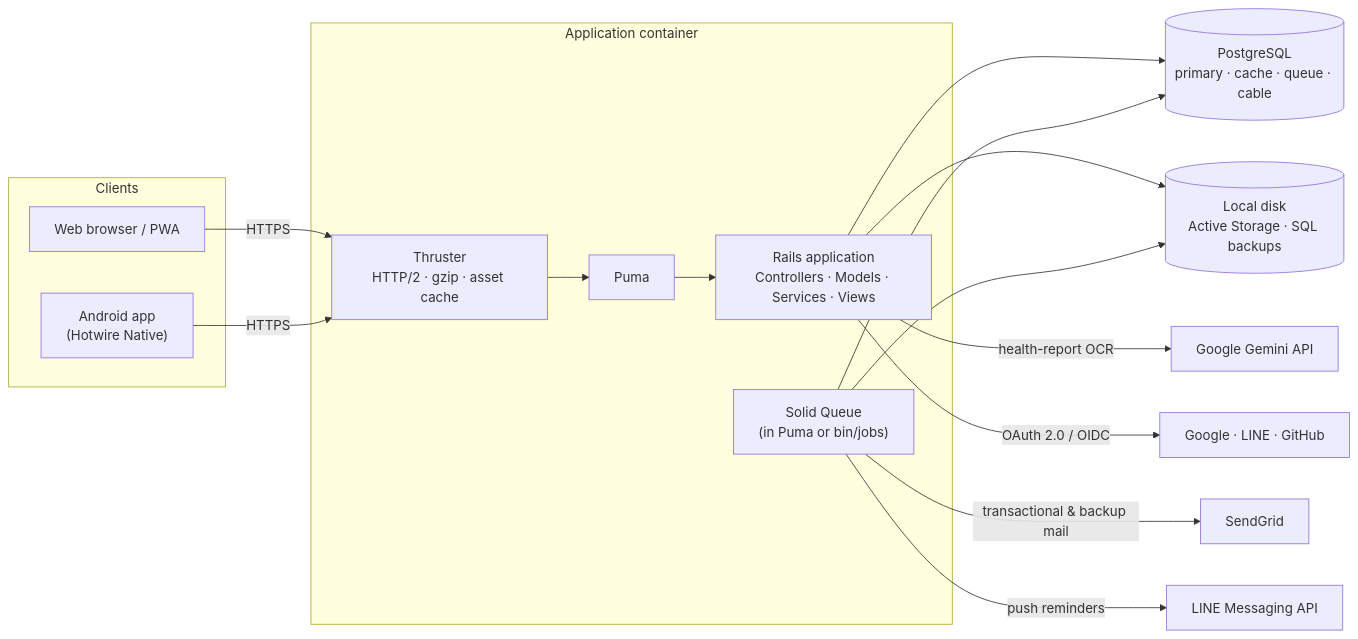
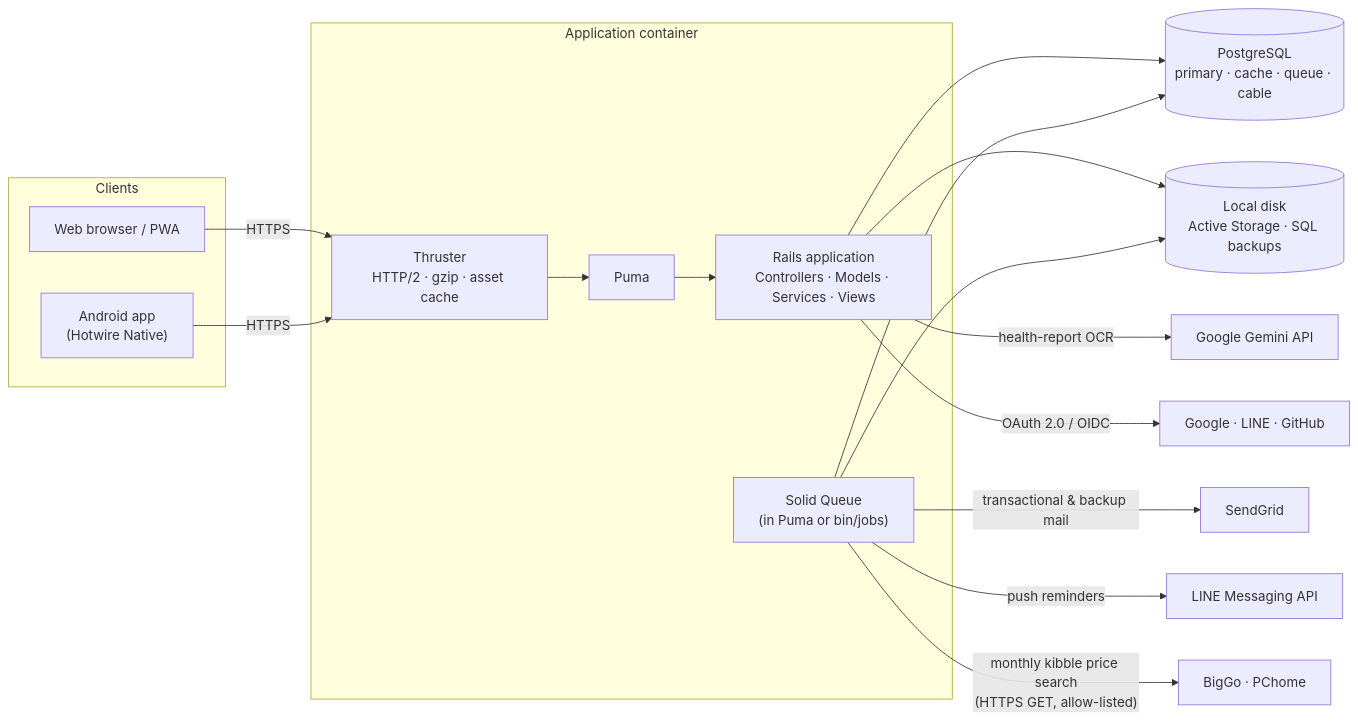
The first of 7 diagrams in ARCHITECTURE.md (yuhruh/Pet_Feeding_Tracker_v4), drawn with Mermaid before and after one commit. The commit also changed other lines of this file and 1 other file, not shown here.

First line of the commit message:
docs: cover the kibble price check in the architecture and usage docs

````diff
--- a/ARCHITECTURE.md
+++ b/ARCHITECTURE.md
@@ -67,30 +68,31 @@
 ```mermaid
 flowchart LR
   subgraph Clients
     B["Web browser / PWA"]
     A["Android app<br/>(Hotwire Native)"]
   end
 
   subgraph Container["Application container"]
     T["Thruster<br/>HTTP/2 · gzip · asset cache"]
     P["Puma"]
     R["Rails application<br/>Controllers · Models · Services · Views"]
     Q["Solid Queue<br/>(in Puma or bin/jobs)"]
   end
 
   DB[("PostgreSQL<br/>primary · cache · queue · cable")]
   FS[("Local disk<br/>Active Storage · SQL backups")]
 
   B -->|HTTPS| T
   A -->|HTTPS| T
   T --> P --> R
   R --> DB
   R --> FS
   Q --> DB
   Q --> FS
 
   R -->|"health-report OCR"| G["Google Gemini API"]
   R -->|"OAuth 2.0 / OIDC"| O["Google · LINE · GitHub"]
   Q -->|"transactional & backup mail"| S["SendGrid"]
   Q -->|"push reminders"| L["LINE Messaging API"]
+  Q -->|"monthly kibble price search<br/>(HTTPS GET, allow-listed)"| K["BigGo · PChome"]
 ```
````
